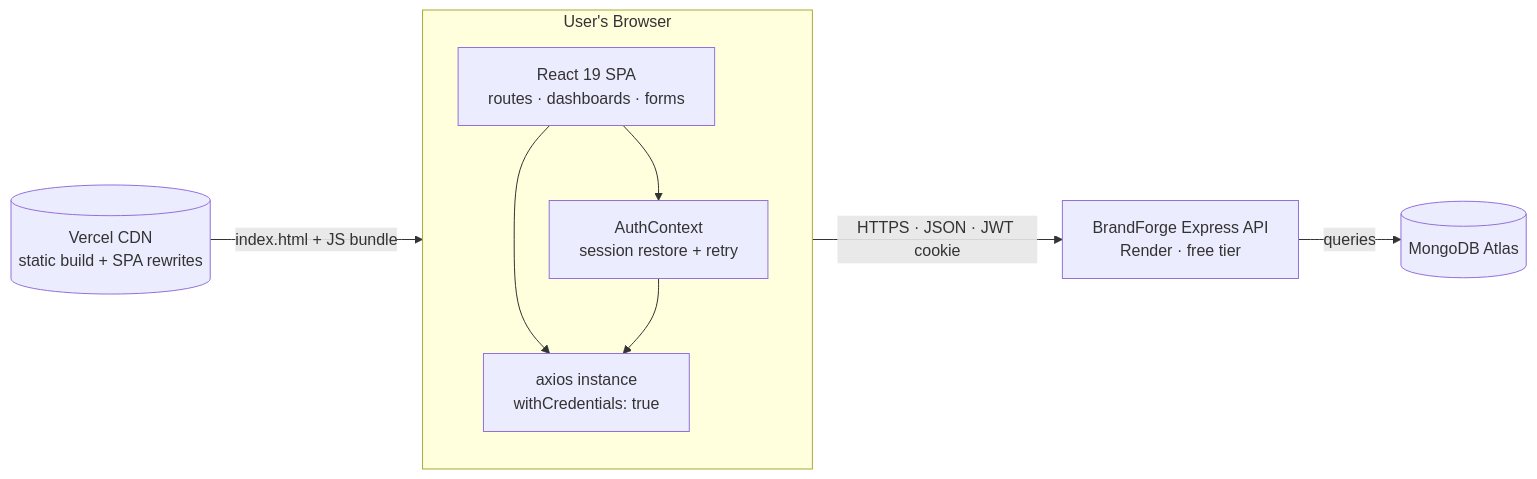
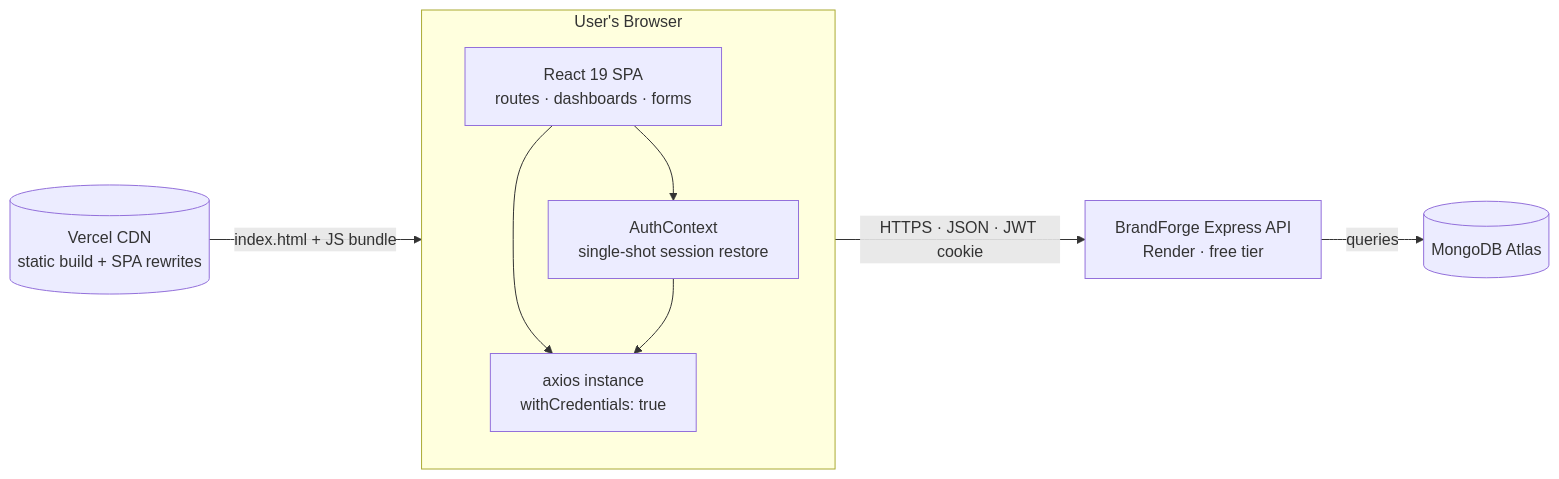
One commit to RohitChintalapudi/BrandForge_Frontend changed the first of 11 diagrams in README.md. Above: the diagram before and after it, drawn with Mermaid. The commit also changed other lines of this file, not shown here.

First line of the commit message:
docs(readme): document single-shot session restore and context-based guards

````diff
--- a/README.md
+++ b/README.md
@@ -130,20 +130,20 @@
 ```mermaid
 flowchart LR
     subgraph BROWSER["User's Browser"]
         direction TB
         R["React 19 SPA<br/>routes · dashboards · forms"]
-        AC["AuthContext<br/>session restore + retry"]
+        AC["AuthContext<br/>single-shot session restore"]
         AX["axios instance<br/>withCredentials: true"]
         R --> AC
         R --> AX
         AC --> AX
     end
 
     CDN[("Vercel CDN<br/>static build + SPA rewrites")]
     API["BrandForge Express API<br/>Render · free tier"]
     DB[("MongoDB Atlas")]
 
     CDN -->|"index.html + JS bundle"| BROWSER
     AX -->|"HTTPS · JSON · JWT cookie"| API
     API -->|"queries"| DB
 ```
````
